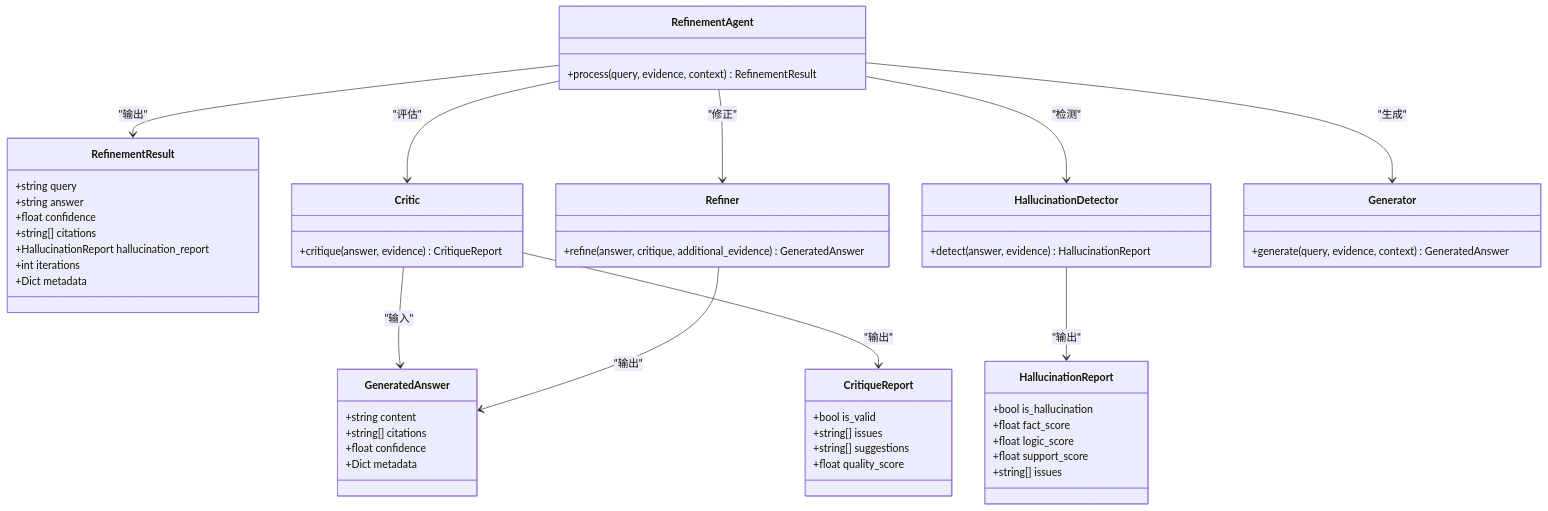
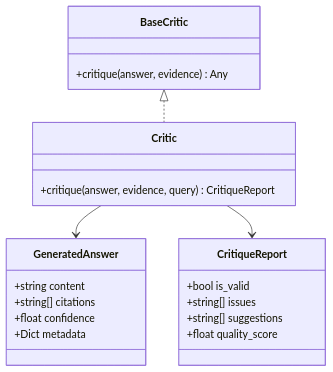
One commit to JieGaoPrinceton/NecoRAG changed the fifth of 6 diagrams in .qoder/repowiki/zh/content/巩固层模块/批评者组件.md. Above: the diagram before and after it, drawn with Mermaid. The commit also changed other lines of this file and 181 other files, not shown here.

````diff
--- a/.qoder/repowiki/zh/content/巩固层模块/批评者组件.md
+++ b/.qoder/repowiki/zh/content/巩固层模块/批评者组件.md
@@ -258,55 +220,24 @@
 ```mermaid
 classDiagram
 class GeneratedAnswer {
 +string content
 +string[] citations
 +float confidence
 +Dict metadata
 }
 class CritiqueReport {
 +bool is_valid
 +string[] issues
 +string[] suggestions
 +float quality_score
 }
-class HallucinationReport {
-+bool is_hallucination
-+float fact_score
-+float logic_score
-+float support_score
-+string[] issues
-}
-class RefinementResult {
-+string query
-+string answer
-+float confidence
-+string[] citations
-+HallucinationReport hallucination_report
-+int iterations
-+Dict metadata
+class BaseCritic {
++critique(answer, evidence) Any
 }
 class Critic {
-+critique(answer, evidence) CritiqueReport
++critique(answer, evidence, query) CritiqueReport
 }
-class HallucinationDetector {
-+detect(answer, evidence) HallucinationReport
-}
-class Refiner {
-+refine(answer, critique, additional_evidence) GeneratedAnswer
-}
-class Generator {
-+generate(query, evidence, context) GeneratedAnswer
-}
-class RefinementAgent {
-+process(query, evidence, context) RefinementResult
-}
-RefinementAgent --> Generator : "生成"
-RefinementAgent --> Critic : "评估"
-RefinementAgent --> HallucinationDetector : "检测"
-RefinementAgent --> Refiner : "修正"
-Critic --> GeneratedAnswer : "输入"
-Critic --> CritiqueReport : "输出"
-HallucinationDetector --> HallucinationReport : "输出"
-Refiner --> GeneratedAnswer : "输出"
-RefinementAgent --> RefinementResult : "输出"
+BaseCritic <|.. Critic
+Critic --> GeneratedAnswer
+Critic --> CritiqueReport
 ```
````
